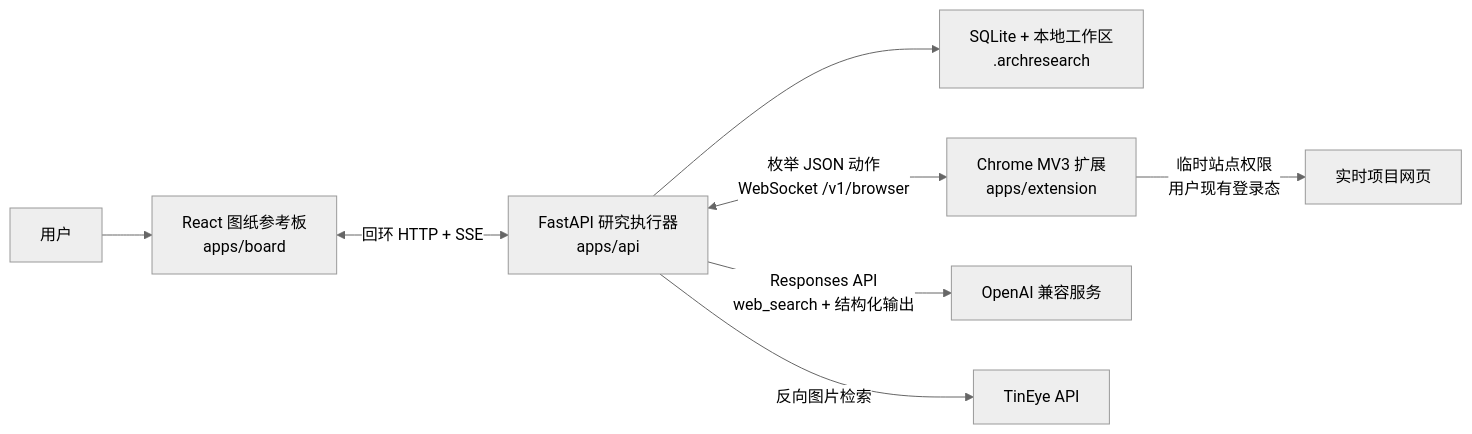
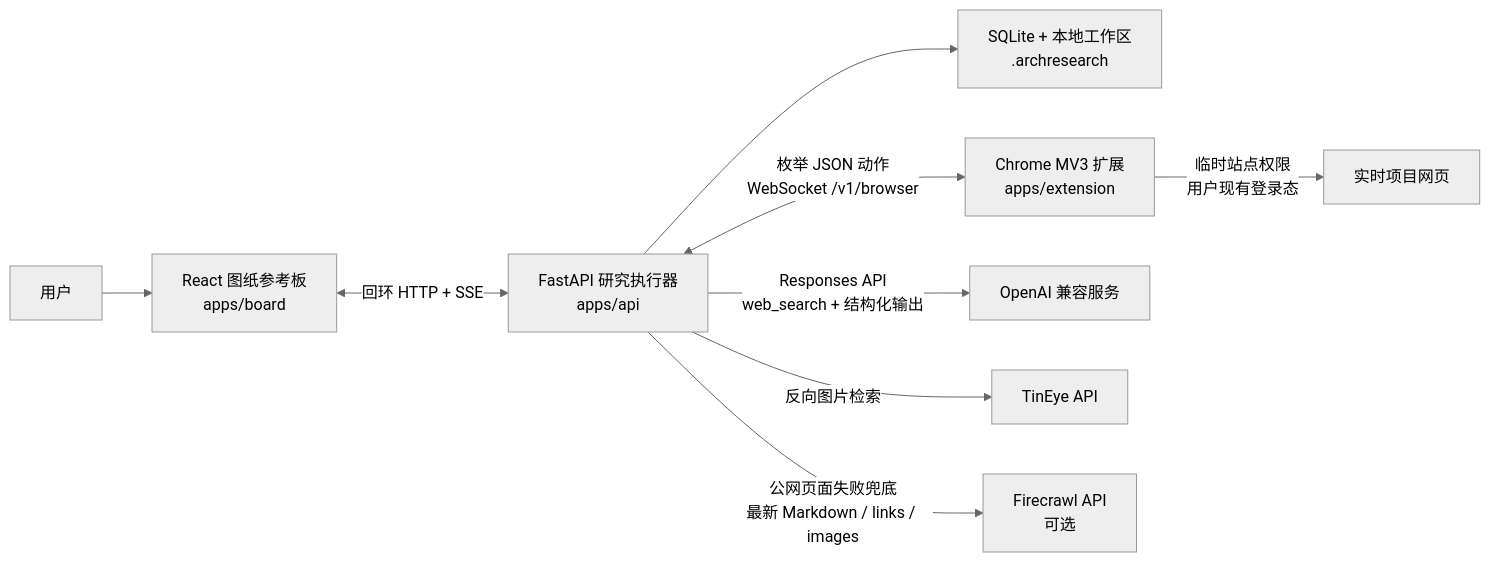
The first of 3 diagrams in docs/architecture.md (jileyu2000/archresearch), drawn with Mermaid (neutral theme) before and after one commit. The commit also changed other lines of this file and 51 other files, not shown here.

````diff
--- a/docs/architecture.md
+++ b/docs/architecture.md
@@ -11,10 +11,11 @@
 ```mermaid
 flowchart LR
     U["用户"] --> B["React 图纸参考板<br/>apps/board"]
     B <-->|"回环 HTTP + SSE"| A["FastAPI 研究执行器<br/>apps/api"]
     A --> D["SQLite + 本地工作区<br/>.archresearch"]
     A <-->|"枚举 JSON 动作<br/>WebSocket /v1/browser"| E["Chrome MV3 扩展<br/>apps/extension"]
     E -->|"临时站点权限<br/>用户现有登录态"| W["实时项目网页"]
     A -->|"Responses API<br/>web_search + 结构化输出"| O["OpenAI 兼容服务"]
     A -->|"反向图片检索"| T["TinEye API"]
+    A -->|"公网页面失败兜底<br/>最新 Markdown / links / images"| F["Firecrawl API<br/>可选"]
 ```
````
